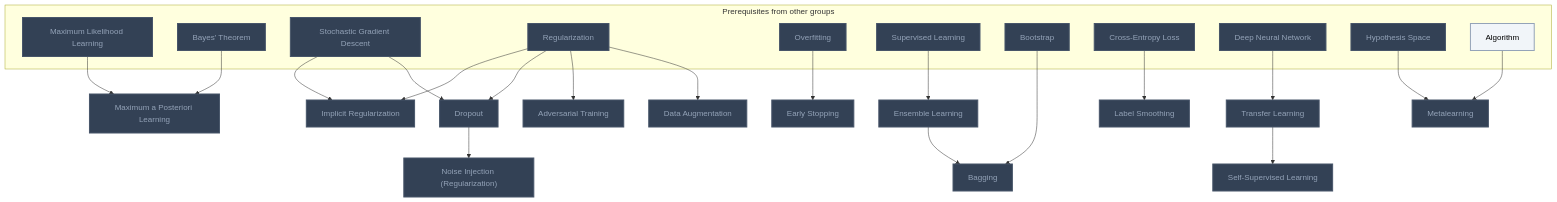
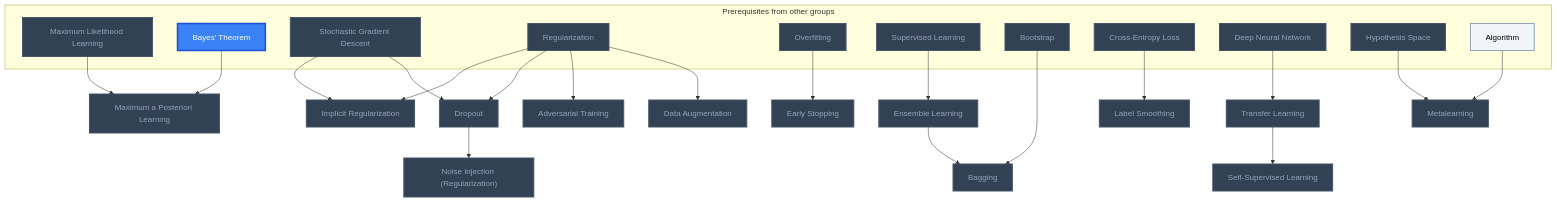
The eighth of 21 diagrams in Gamification/Skill Trees/Deep Learning.md (MRauf1/My-Notes), drawn with Mermaid before and after one commit. The commit also changed other lines of this file and 145 other files, not shown here.

````diff
--- a/Gamification/Skill Trees/Deep Learning.md
+++ b/Gamification/Skill Trees/Deep Learning.md
@@ -389,59 +390,60 @@
 ```mermaid
 flowchart TD
     classDef planned fill:#1E293B,stroke:#64748B,stroke-width:2px,stroke-dasharray:5 5,color:#94A3B8;
     classDef locked fill:#334155,stroke:#475569,stroke-width:2px,color:#94A3B8;
     classDef L0 fill:#F1F5F9,stroke:#94A3B8,stroke-width:2px,color:#000000;
     classDef L1 fill:#22C55E,stroke:#15803D,stroke-width:2px,color:#000000;
     classDef L2 fill:#3B82F6,stroke:#1D4ED8,stroke-width:3px,color:#FFFFFF;
     classDef L3 fill:#A855F7,stroke:#6B21A8,stroke-width:3px,color:#FFFFFF,font-weight:bold;
     classDef L4 fill:#F97316,stroke:#C2410C,stroke-width:4px,color:#000000,font-weight:bold;
     classDef L5 fill:#FFD700,stroke:#FF8C00,stroke-width:5px,color:#000000,font-weight:bold;
     classDef rusty stroke:#8B4513,stroke-width:4px,stroke-dasharray:3 3;
     subgraph sg_prereqs["Prerequisites from other groups"]
         n_maximum_likelihood_learning["Maximum Likelihood Learning"]
         n_bayes_theorem["Bayes' Theorem"]
         n_stochastic_gradient_descent["Stochastic Gradient Descent"]
         n_regularization["Regularization"]
         n_overfitting["Overfitting"]
         n_supervised_learning["Supervised Learning"]
         n_bootstrap["Bootstrap"]
         n_cross_entropy_loss["Cross-Entropy Loss"]
         n_deep_neural_network["Deep Neural Network"]
         n_hypothesis_space["Hypothesis Space"]
         n_algorithm["Algorithm"]
     end
     n_maximum_a_posteriori_learning["Maximum a Posteriori Learning"]
     n_implicit_regularization["Implicit Regularization"]
     n_early_stopping["Early Stopping"]
     n_ensemble_learning["Ensemble Learning"]
     n_bagging["Bagging"]
     n_dropout["Dropout"]
     n_noise_injection_regularization["Noise Injection (Regularization)"]
     n_label_smoothing["Label Smoothing"]
     n_adversarial_training["Adversarial Training"]
     n_data_augmentation["Data Augmentation"]
     n_transfer_learning["Transfer Learning"]
     n_self_supervised_learning["Self-Supervised Learning"]
     n_metalearning["Metalearning"]
     n_maximum_likelihood_learning --> n_maximum_a_posteriori_learning
     n_bayes_theorem --> n_maximum_a_posteriori_learning
     n_stochastic_gradient_descent --> n_implicit_regularization
     n_regularization --> n_implicit_regularization
     n_overfitting --> n_early_stopping
     n_supervised_learning --> n_ensemble_learning
     n_bootstrap --> n_bagging
     n_ensemble_learning --> n_bagging
     n_regularization --> n_dropout
     n_stochastic_gradient_descent --> n_dropout
     n_dropout --> n_noise_injection_regularization
     n_cross_entropy_loss --> n_label_smoothing
     n_regularization --> n_adversarial_training
     n_regularization --> n_data_augmentation
     n_deep_neural_network --> n_transfer_learning
     n_transfer_learning --> n_self_supervised_learning
     n_hypothesis_space --> n_metalearning
     n_algorithm --> n_metalearning
-    class n_maximum_likelihood_learning,n_bayes_theorem,n_stochastic_gradient_descent,n_regularization,n_overfitting,n_supervised_learning,n_bootstrap,n_cross_entropy_loss,n_deep_neural_network,n_hypothesis_space,n_maximum_a_posteriori_learning,n_implicit_regularization,n_early_stopping,n_ensemble_learning,n_bagging,n_dropout,n_noise_injection_regularization,n_label_smoothing,n_adversarial_training,n_data_augmentation,n_transfer_learning,n_self_supervised_learning,n_metalearning locked;
+    class n_maximum_likelihood_learning,n_stochastic_gradient_descent,n_regularization,n_overfitting,n_supervised_learning,n_bootstrap,n_cross_entropy_loss,n_deep_neural_network,n_hypothesis_space,n_maximum_a_posteriori_learning,n_implicit_regularization,n_early_stopping,n_ensemble_learning,n_bagging,n_dropout,n_noise_injection_regularization,n_label_smoothing,n_adversarial_training,n_data_augmentation,n_transfer_learning,n_self_supervised_learning,n_metalearning locked;
     class n_algorithm L0;
+    class n_bayes_theorem L2;
     class n_maximum_likelihood_learning,n_bayes_theorem,n_stochastic_gradient_descent,n_regularization,n_overfitting,n_supervised_learning,n_bootstrap,n_cross_entropy_loss,n_deep_neural_network,n_hypothesis_space,n_algorithm,n_maximum_a_posteriori_learning,n_implicit_regularization,n_early_stopping,n_ensemble_learning,n_bagging,n_dropout,n_noise_injection_regularization,n_label_smoothing,n_adversarial_training,n_data_augmentation,n_transfer_learning,n_self_supervised_learning,n_metalearning internal-link;
 ```
````
